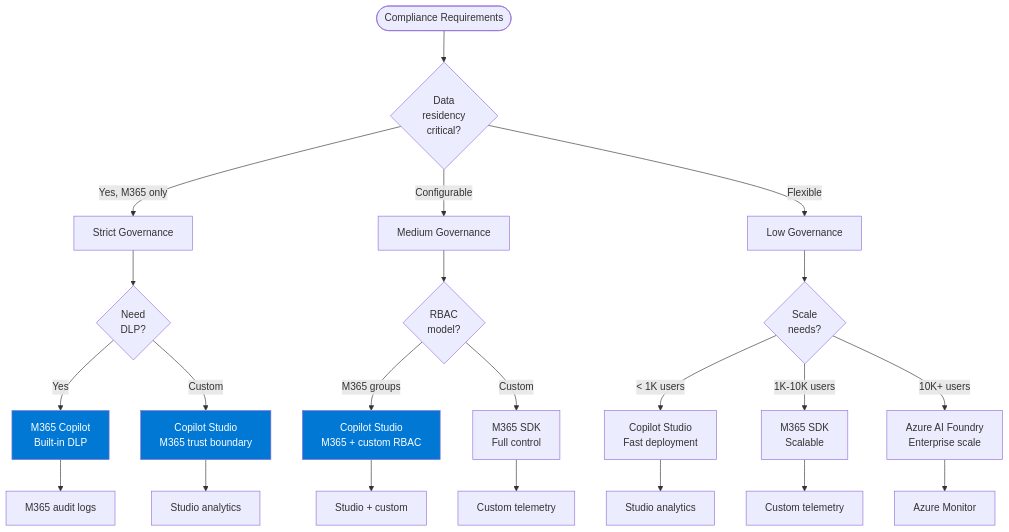
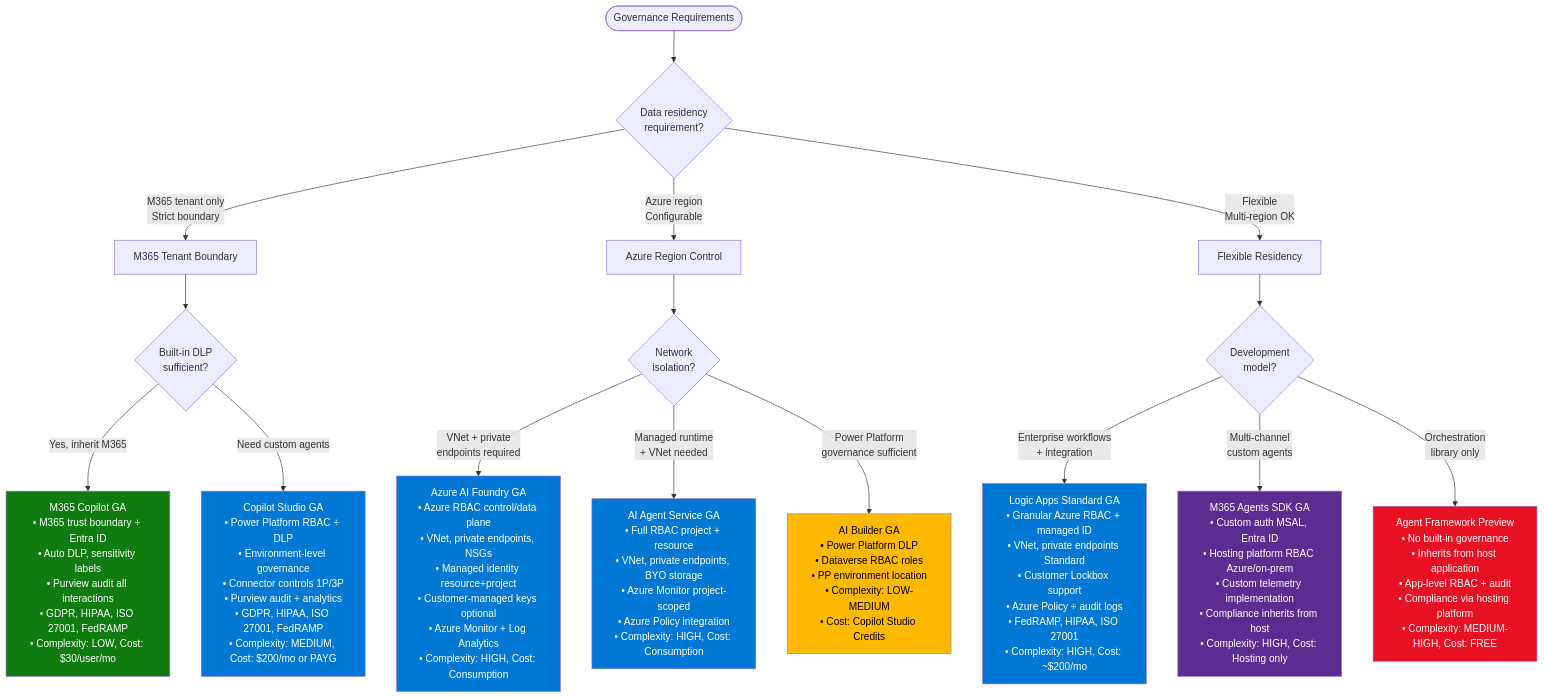
One commit to ChrisMcKee1/microsoft-ai-decision-tree changed the seventh of 9 diagrams in docs/visual-framework.md. Above: the diagram before and after it, drawn with Mermaid. The commit also changed other lines of this file, not shown here.

````diff
--- a/docs/visual-framework.md
+++ b/docs/visual-framework.md
@@ -533,33 +533,31 @@
 ```mermaid
 flowchart TD
-    Start([Compliance Requirements]) --> Q1{Data<br/>residency<br/>critical?}
+    Start([Governance Requirements]) --> Q1{Data residency<br/>requirement?}
     
-    Q1 -->|Yes, M365 only| Strict[Strict Governance]
-    Q1 -->|Configurable| Medium[Medium Governance]
-    Q1 -->|Flexible| Low[Low Governance]
+    Q1 -->|M365 tenant only<br/>Strict boundary| R1[M365 Tenant Boundary]
+    Q1 -->|Azure region<br/>Configurable| R2[Azure Region Control]
+    Q1 -->|Flexible<br/>Multi-region OK| R3[Flexible Residency]
     
-    Strict --> S_DLP{Need<br/>DLP?}
-    S_DLP -->|Yes| S_M365[M365 Copilot<br/>Built-in DLP]
-    S_DLP -->|Custom| S_Studio[Copilot Studio<br/>M365 trust boundary]
+    R1 --> Q2{Built-in DLP<br/>sufficient?}
+    Q2 -->|Yes, inherit M365| G1[M365 Copilot GA<br/>• M365 trust boundary + Entra ID<br/>• Auto DLP, sensitivity labels<br/>• Purview audit all interactions<br/>• GDPR, HIPAA, ISO 27001, FedRAMP<br/>• Complexity: LOW, Cost: $30/user/mo]
+    Q2 -->|Need custom agents| G2[Copilot Studio GA<br/>• Power Platform RBAC + DLP<br/>• Environment-level governance<br/>• Connector controls 1P/3P<br/>• Purview audit + analytics<br/>• GDPR, HIPAA, ISO 27001, FedRAMP<br/>• Complexity: MEDIUM, Cost: $200/mo or PAYG]
     
-    Medium --> M_RBAC{RBAC<br/>model?}
-    M_RBAC -->|M365 groups| M_Studio[Copilot Studio<br/>M365 + custom RBAC]
-    M_RBAC -->|Custom| M_SDK[M365 SDK<br/>Full control]
+    R2 --> Q3{Network<br/>isolation?}
+    Q3 -->|VNet + private<br/>endpoints required| G3[Azure AI Foundry GA<br/>• Azure RBAC control/data plane<br/>• VNet, private endpoints, NSGs<br/>• Managed identity resource+project<br/>• Customer-managed keys optional<br/>• Azure Monitor + Log Analytics<br/>• Complexity: HIGH, Cost: Consumption]
+    Q3 -->|Managed runtime<br/>+ VNet needed| G4[AI Agent Service GA<br/>• Full RBAC project + resource<br/>• VNet, private endpoints, BYO storage<br/>• Azure Monitor project-scoped<br/>• Azure Policy integration<br/>• Complexity: HIGH, Cost: Consumption]
+    Q3 -->|Power Platform<br/>governance sufficient| G5[AI Builder GA<br/>• Power Platform DLP<br/>• Dataverse RBAC roles<br/>• PP environment location<br/>• Complexity: LOW-MEDIUM<br/>• Cost: Copilot Studio Credits]
     
-    Low --> L_Scale{Scale<br/>needs?}
-    L_Scale -->|< 1K users| L_Studio[Copilot Studio<br/>Fast deployment]
-    L_Scale -->|1K-10K users| L_SDK[M365 SDK<br/>Scalable]
-    L_Scale -->|10K+ users| L_Foundry[Azure AI Foundry<br/>Enterprise scale]
+    R3 --> Q4{Development<br/>model?}
+    Q4 -->|Enterprise workflows<br/>+ integration| G6[Logic Apps Standard GA<br/>• Granular Azure RBAC + managed ID<br/>• VNet, private endpoints Standard<br/>• Customer Lockbox support<br/>• Azure Policy + audit logs<br/>• FedRAMP, HIPAA, ISO 27001<br/>• Complexity: HIGH, Cost: ~$200/mo]
+    Q4 -->|Multi-channel<br/>custom agents| G7[M365 Agents SDK GA<br/>• Custom auth MSAL, Entra ID<br/>• Hosting platform RBAC Azure/on-prem<br/>• Custom telemetry implementation<br/>• Compliance inherits from host<br/>• Complexity: HIGH, Cost: Hosting only]
+    Q4 -->|Orchestration<br/>library only| G8[Agent Framework Preview<br/>• No built-in governance<br/>• Inherits from host application<br/>• App-level RBAC + audit<br/>• Compliance via hosting platform<br/>• Complexity: MEDIUM-HIGH, Cost: FREE]
     
-    S_M365 --> Audit1[M365 audit logs]
-    S_Studio --> Audit2[Studio analytics]
-    M_Studio --> Audit3[Studio + custom]
-    M_SDK --> Audit4[Custom telemetry]
-    L_Studio --> Audit5[Studio analytics]
-    L_SDK --> Audit6[Custom telemetry]
-    L_Foundry --> Audit7[Azure Monitor]
-    
-    style S_M365 fill:#0078D4,color:#fff
-    style S_Studio fill:#0078D4,color:#fff
-    style M_Studio fill:#0078D4,color:#fff
+    style G1 fill:#107C10,color:#fff
+    style G2 fill:#0078D4,color:#fff
+    style G3 fill:#0078D4,color:#fff
+    style G4 fill:#0078D4,color:#fff
+    style G5 fill:#FFB900,color:#000
+    style G6 fill:#0078D4,color:#fff
+    style G7 fill:#5C2D91,color:#fff
+    style G8 fill:#E81123,color:#fff
 ```
````
